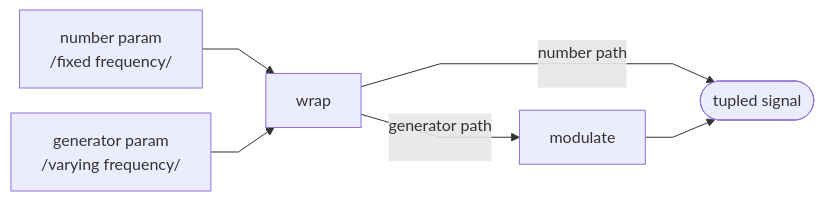
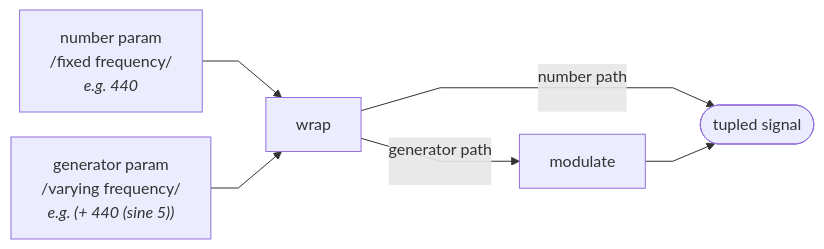
One commit to amuradyan/lyre changed the first of 3 diagrams in lang/On the engine.md. Above: the diagram before and after it, drawn with Mermaid. The commit also changed other lines of this file and 3 other files, not shown here.

First line of the commit message:
⚡ Engine doc top diagram redesigned as a bus with taps

````diff
--- a/lang/On the engine.md
+++ b/lang/On the engine.md
@@ -62,22 +40,22 @@
 ```mermaid
 ---
 config:
   layout: dagre
   flowchart:
     nodeSpacing: 25
     rankSpacing: 55
     curve: linear
 ---
 flowchart LR
     wrap[wrap]
-    fixed["number param<br/>/fixed frequency/"]
-    modgen["generator param<br/>/varying frequency/"]
+    fixed["number param<br/>/fixed frequency/<br/><i>e.g. 440</i>"]
+    modgen["generator param<br/>/varying frequency/<br/><i>e.g. (+ 440 (sine 5))</i>"]
     modulate
     out([tupled signal])
 
     fixed --> wrap
     modgen --> wrap
     wrap -->|"number path<br/>&nbsp;"| out
     wrap -->|"generator path<br/>&nbsp;"| modulate
     modulate --> out
 ```
````
